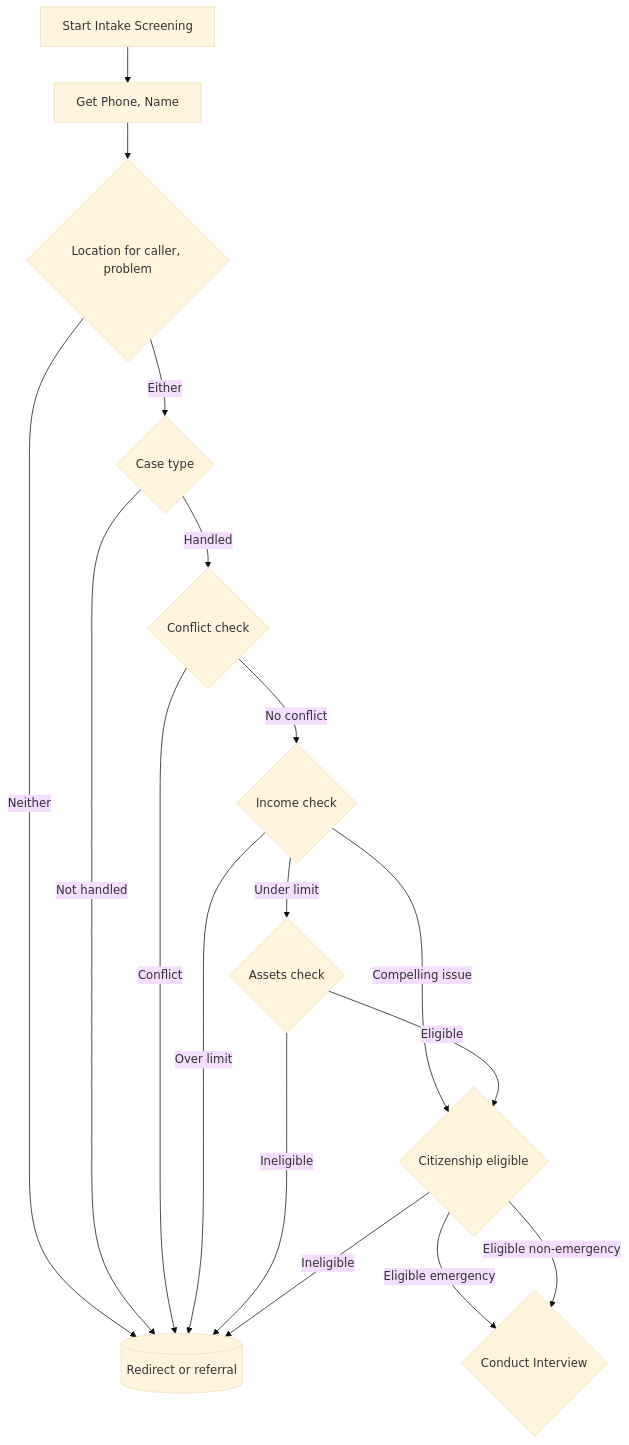
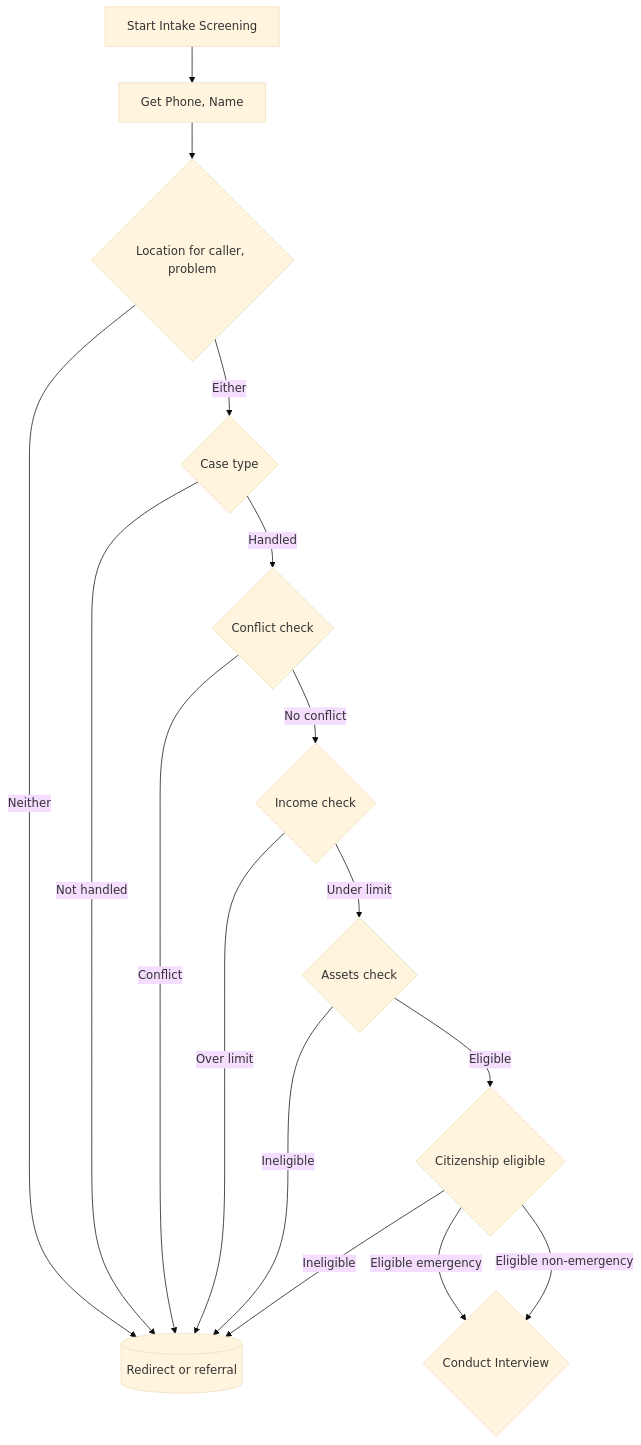
Before and after one commit to LemmaLegalConsulting/VLAS-Intake: the diagram in README.md, drawn with Mermaid (base theme).

Commit message:
chore: updated readme chart

````diff
--- a/README.md
+++ b/README.md
@@ -7,31 +7,30 @@
 ```mermaid
 flowchart TD
     start[Start Intake Screening]
     get_phone_name[Get Phone, Name]
     location{Location for caller, problem}
     exit[(Redirect or referral)]
     case_type{Case type}
     check_conflict{Conflict check}
     check_income{Income check}
     check_assets{Assets check}
     check_citizenship{Citizenship eligible}
     conduct_interview{Conduct Interview}
 
 
     start --> get_phone_name
     get_phone_name --> location
     location -- Neither --> exit
     location -- Either --> case_type
     case_type -- Handled --> check_conflict
     case_type -- Not handled --> exit
     check_conflict -- Conflict --> exit
     check_conflict -- No conflict --> check_income
+    check_income -- Under limit --> check_assets
     check_income -- Over limit --> exit
-    check_income -- Under limit --> check_assets
-    check_income -- Compelling issue --> check_citizenship
+    check_assets -- Eligible --> check_citizenship
     check_assets -- Ineligible --> exit
-    check_assets -- Eligible --> check_citizenship
     check_citizenship -- Ineligible --> exit
     check_citizenship -- Eligible emergency --> conduct_interview
     check_citizenship -- Eligible non-emergency --> conduct_interview
 ```
````
